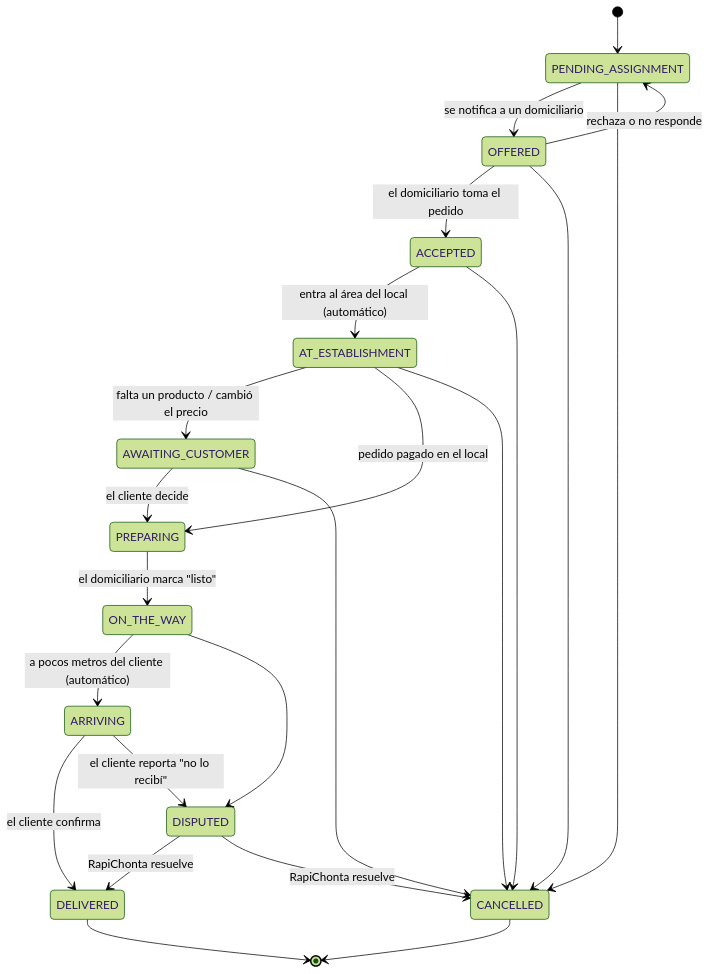
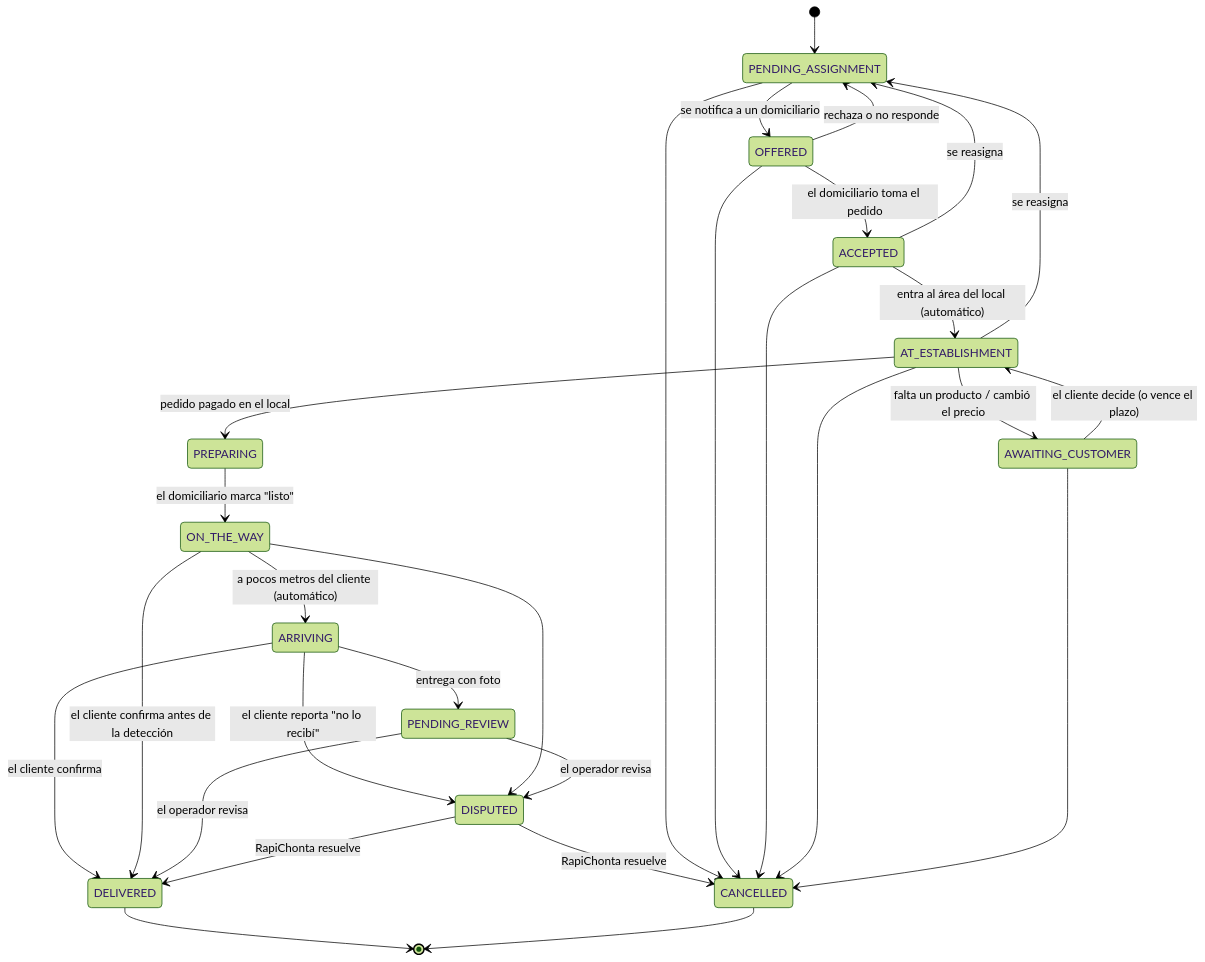
The second of 2 diagrams in Docs/05-flujos-y-ux.md (Yadirtf/RapiChonta), drawn with Mermaid (forest theme) before and after one commit. The commit also changed other lines of this file and 17 other files, not shown here.

````diff
--- a/Docs/05-flujos-y-ux.md
+++ b/Docs/05-flujos-y-ux.md
@@ -91,25 +91,31 @@
 ```mermaid
 stateDiagram-v2
   [*] --> PENDING_ASSIGNMENT
   PENDING_ASSIGNMENT --> OFFERED: se notifica a un domiciliario
   OFFERED --> ACCEPTED: el domiciliario toma el pedido
   OFFERED --> PENDING_ASSIGNMENT: rechaza o no responde
   ACCEPTED --> AT_ESTABLISHMENT: entra al área del local (automático)
   AT_ESTABLISHMENT --> AWAITING_CUSTOMER: falta un producto / cambió el precio
-  AWAITING_CUSTOMER --> PREPARING: el cliente decide
+  AWAITING_CUSTOMER --> AT_ESTABLISHMENT: el cliente decide (o vence el plazo)
   AT_ESTABLISHMENT --> PREPARING: pedido pagado en el local
   PREPARING --> ON_THE_WAY: el domiciliario marca "listo"
   ON_THE_WAY --> ARRIVING: a pocos metros del cliente (automático)
   ARRIVING --> DELIVERED: el cliente confirma
   ARRIVING --> DISPUTED: el cliente reporta "no lo recibí"
+  ON_THE_WAY --> DELIVERED: el cliente confirma antes de la detección
   ON_THE_WAY --> DISPUTED
+  ARRIVING --> PENDING_REVIEW: entrega con foto
+  PENDING_REVIEW --> DELIVERED: el operador revisa
+  PENDING_REVIEW --> DISPUTED: el operador revisa
+  ACCEPTED --> PENDING_ASSIGNMENT: se reasigna
+  AT_ESTABLISHMENT --> PENDING_ASSIGNMENT: se reasigna
   DISPUTED --> DELIVERED: RapiChonta resuelve
   DISPUTED --> CANCELLED: RapiChonta resuelve
   PENDING_ASSIGNMENT --> CANCELLED
   OFFERED --> CANCELLED
   ACCEPTED --> CANCELLED
   AT_ESTABLISHMENT --> CANCELLED
   AWAITING_CUSTOMER --> CANCELLED
   DELIVERED --> [*]
   CANCELLED --> [*]
 ```
````
